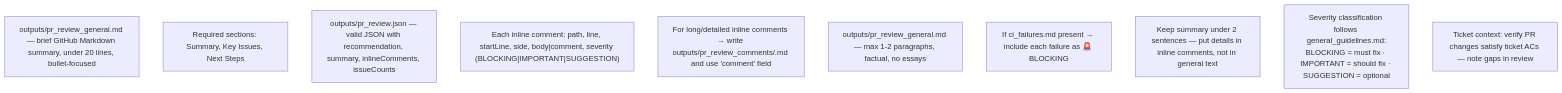
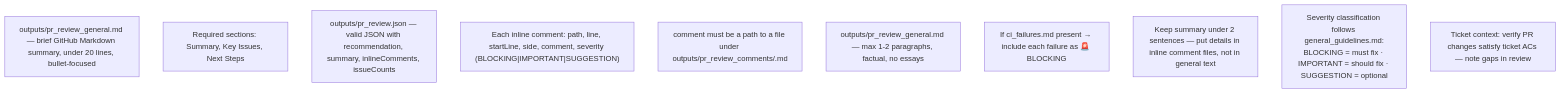
The diagram in instructions/pr_review/formatting_rules.md (IstiN/dmtools-agents), drawn with Mermaid before and after one commit. The commit also changed 4 other files, not shown here.

First line of the commit message:
fix(pr_review): unify inline comments to always use file references

````diff
--- a/instructions/pr_review/formatting_rules.md
+++ b/instructions/pr_review/formatting_rules.md
@@ -1,13 +1,13 @@
 ```mermaid
 flowchart TD
     F1["outputs/pr_review_general.md — brief GitHub Markdown summary, under 20 lines, bullet-focused"]
     F2["Required sections: Summary, Key Issues, Next Steps"]
     F3["outputs/pr_review.json — valid JSON with recommendation, summary, inlineComments, issueCounts"]
-    F4["Each inline comment: path, line, startLine, side, body|comment, severity (BLOCKING|IMPORTANT|SUGGESTION)"]
-    F5["For long/detailed inline comments → write outputs/pr_review_comments/<file>.md and use 'comment' field"]
+    F4["Each inline comment: path, line, startLine, side, comment, severity (BLOCKING|IMPORTANT|SUGGESTION)"]
+    F5["comment must be a path to a file under outputs/pr_review_comments/<name>.md"]
     F6["outputs/pr_review_general.md — max 1-2 paragraphs, factual, no essays"]
     F7["If ci_failures.md present → include each failure as 🚨 BLOCKING"]
-    F8["Keep summary under 2 sentences — put details in inline comments, not in general text"]
+    F8["Keep summary under 2 sentences — put details in inline comment files, not in general text"]
     F9["Severity classification follows general_guidelines.md:<br/>BLOCKING = must fix · IMPORTANT = should fix · SUGGESTION = optional"]
     F10["Ticket context: verify PR changes satisfy ticket ACs — note gaps in review"]
 ```
````
